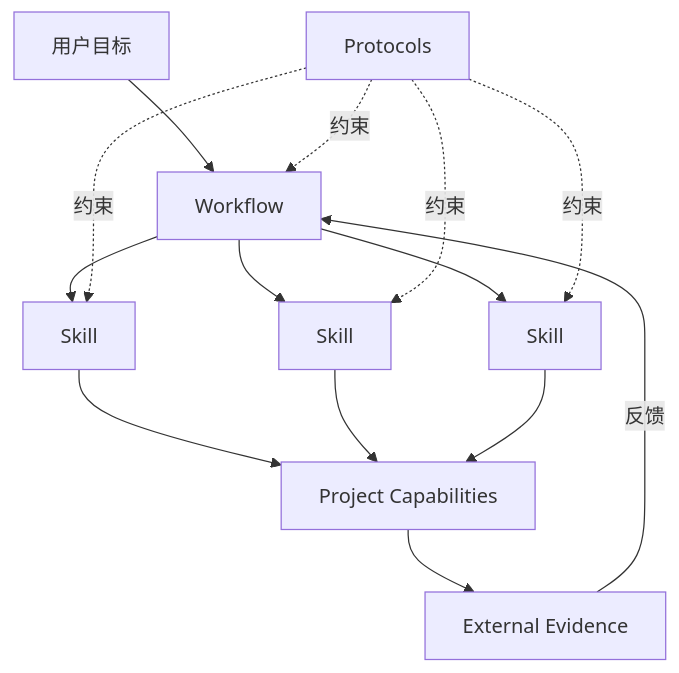
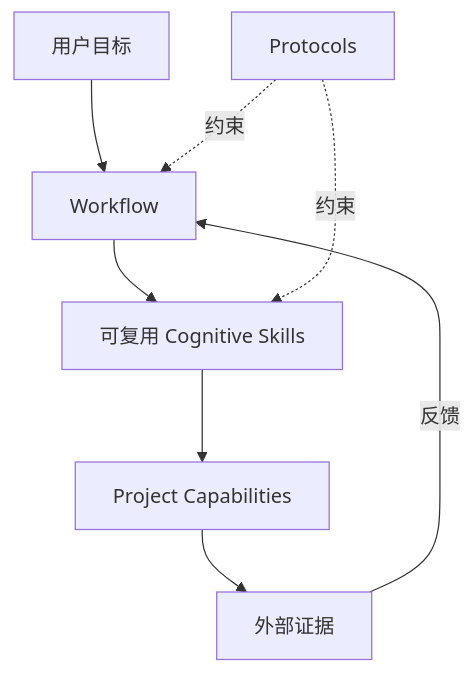
The diagram in README.zh-CN.md (hamburger-os/PraxFlow), drawn with Mermaid before and after one commit. The commit also changed other lines of this file and 14 other files, not shown here.

````diff
--- a/README.zh-CN.md
+++ b/README.zh-CN.md
@@ -120,16 +87,10 @@
 ```mermaid
 flowchart TD
     G[用户目标] --> W[Workflow]
-    W --> S1[Skill]
-    W --> S2[Skill]
-    W --> S3[Skill]
+    W --> S[可复用 Cognitive Skills]
     P[Protocols] -. 约束 .-> W
-    P -. 约束 .-> S1
-    P -. 约束 .-> S2
-    P -. 约束 .-> S3
-    S1 --> C[Project Capabilities]
-    S2 --> C
-    S3 --> C
-    C --> E[External Evidence]
+    P -. 约束 .-> S
+    S --> C[Project Capabilities]
+    C --> E[外部证据]
     E -->|反馈| W
 ```
````
